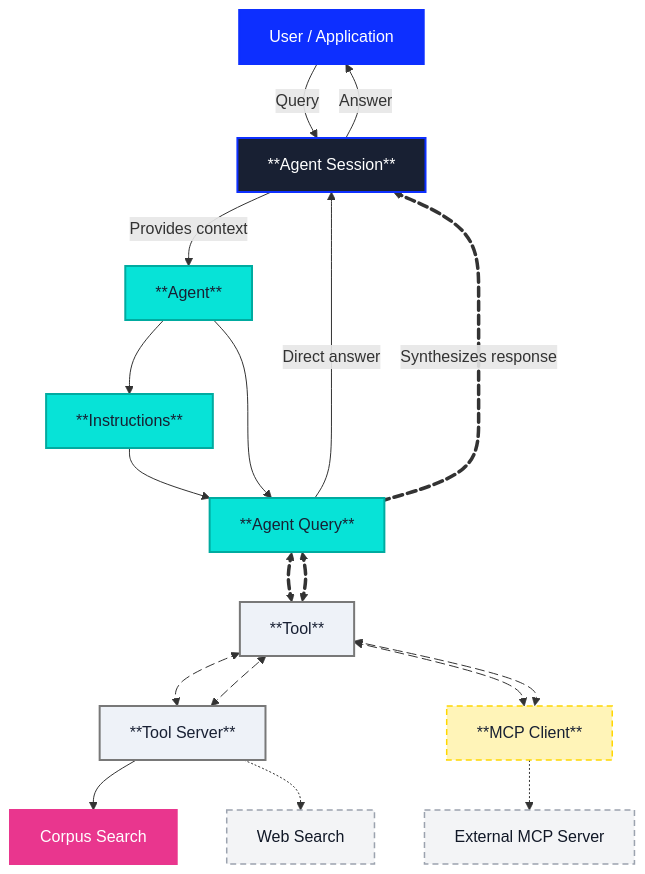
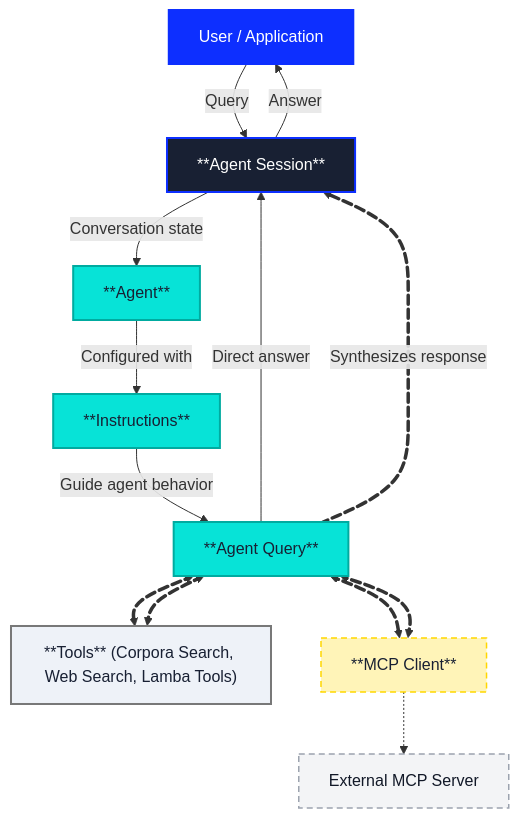
Before and after one commit to vectara/vectara-docs: the diagram in www/docs/agents/agent-platform-overview.md, drawn with Mermaid. The commit also changed other lines of this file and 8 other files, not shown here.

Commit message:
Some reorganizing and clarifications on agent and instruction behavior

````diff
--- a/www/docs/agents/agent-platform-overview.md
+++ b/www/docs/agents/agent-platform-overview.md
@@ -88,73 +19,60 @@
 ```mermaid
 flowchart TD
     %% Nodes
     User["User / Application"]
     Session["**Agent Session**"]
     Agent["**Agent**"]
     Inst["**Instructions**"]
     Query["**Agent Query**"]
 
-    %% Tools + execution layer
-    Tool["**Tool**"]
-    ToolServer["**Tool Server**"]
-
-    %% Data/targets
-    Corpus["Corpus Search"]
-    Web["Web Search"]
+    %% Tools layer
+    AvailableTools["**Tools** (Corpora Search, Web Search, Lamba Tools)"]
 
     %% MCP
     MCP["**MCP Client**"]
     ExtMCP["External MCP Server"]
 
     %% Core flow
     User -->|Query| Session
-    Session -->|Provides context| Agent
-    Agent --> Inst
-    Inst --> Query
-    Agent --> Query
+    Session -->|Conversation state| Agent
+    Agent --> |Configured with| Inst
+    Inst --> |Guide agent behavior| Query
     Query -->|Direct answer| Session
-    Query e4@<==> Tool
-    Tool e5@<==> Query
 
-    %% Internal tool execution paths
-    Tool e3@<--> ToolServer
-    ToolServer e7@<--> Tool
-    ToolServer --> Corpus
-    ToolServer -.-> Web
+    %% Tool execution paths
+    Query e4@<==> AvailableTools
+    AvailableTools e5@<==> Query
 
     %% Optional MCP path (de-emphasized)
-    Tool e2@<--> MCP
-    MCP e6@<--> Tool
+    Query e2@<==> MCP
+    MCP e6@<==> Query
     MCP -.-> ExtMCP
 
     %% Return to user
     Query e1@==>|Synthesizes response| Session
     Session -->|Answer| User
 
     %% Classes for color grouping
     classDef userEntry fill:#0D2FFF,color:#fff,stroke:#0D2FFF,stroke-width:2px;
     classDef session fill:#182033,color:#fff,stroke:#0D2FFF,stroke-width:2px;
     classDef agentic fill:#07E3D7,color:#182033,stroke:#00ABA0,stroke-width:2px;
     classDef toolLayer fill:#EEF2F8,color:#182033,stroke:#787878,stroke-width:2px;
     classDef corpus fill:#E9368E,color:#fff,stroke:#E9368E,stroke-width:2px;
     classDef external fill:#F3F4F6,color:#111827,stroke:#9CA3AF,stroke-width:1.5px,stroke-dasharray: 6 4;
     classDef mcpTP fill:#FFF4B8,color:#182033,stroke:#FFD700,stroke-width:1.5px,stroke-dasharray: 6 4;
 
     %% Assign classes
     class User userEntry;
     class Session session;
     class Agent,Inst,Query agentic;
-    class Tool,ToolServer toolLayer;
-    class Corpus corpus;
-    class Web,ExtMCP external;
+    class AvailableTools toolLayer;
+    class ExtMCP external;
     class MCP mcpTP;
 
     %% Animations
     e1@{ animation: slow }
     e2@{ animation: slow }
-    e3@{ animation: slow }
     e4@{ animation: slow }
     e5@{ animation: slow }
     e6@{ animation: slow }
-    e7@{ animation: slow }
 ```
````
